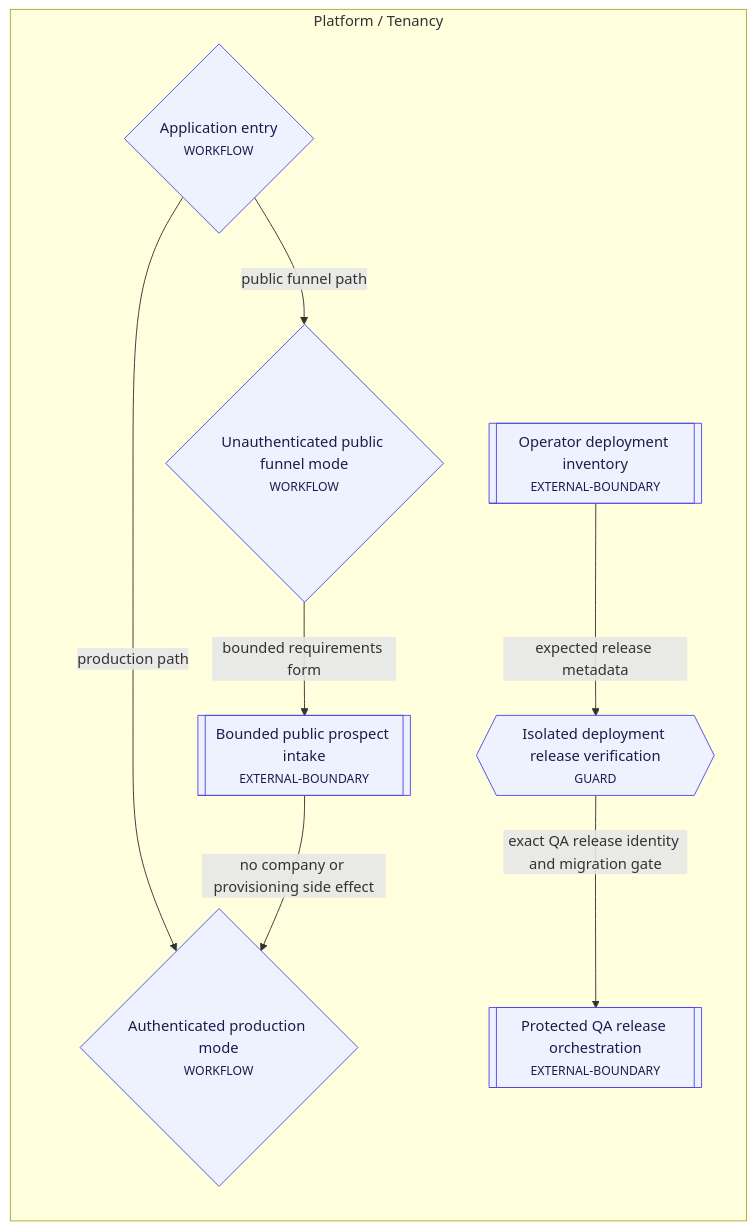
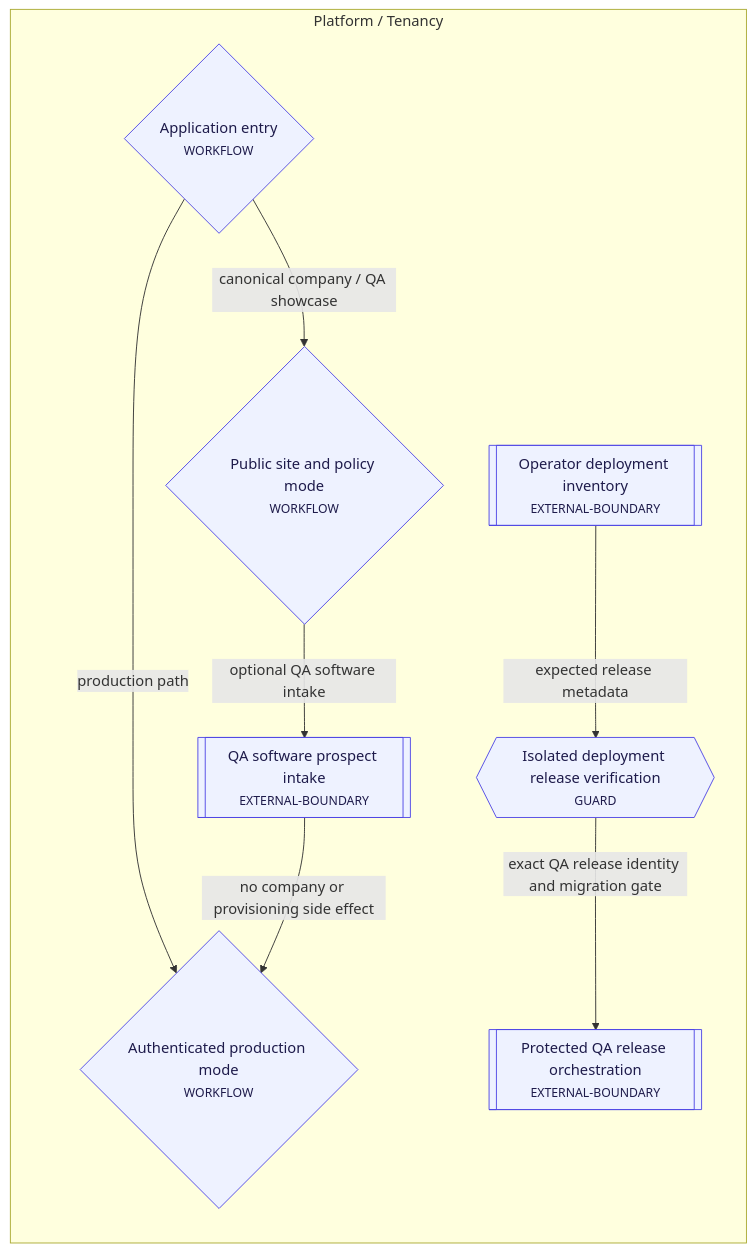
The fourth of 11 diagrams in docs/architecture/APP_WORKFLOW_MAP.md (Juvialski/InvoiceApp), drawn with Mermaid before and after one commit. The commit also changed other lines of this file and 38 other files, not shown here.

First line of the commit message:
WEB-BRAND-1: Separate company site from QA showcase (#249)

````diff
--- a/docs/architecture/APP_WORKFLOW_MAP.md
+++ b/docs/architecture/APP_WORKFLOW_MAP.md
@@ -383,34 +383,34 @@
 ```mermaid
 flowchart LR
   subgraph g_platformTenancy["Platform / Tenancy"]
     n_platform_entry{"Application entry<br/><small>WORKFLOW</small>"}
-    n_public_funnel_mode{"Unauthenticated public funnel mode<br/><small>WORKFLOW</small>"}
-    n_public_prospect_intake[["Bounded public prospect intake<br/><small>EXTERNAL-BOUNDARY</small>"]]
+    n_public_funnel_mode{"Public site and policy mode<br/><small>WORKFLOW</small>"}
+    n_public_prospect_intake[["QA software prospect intake<br/><small>EXTERNAL-BOUNDARY</small>"]]
     n_deployment_inventory[["Operator deployment inventory<br/><small>EXTERNAL-BOUNDARY</small>"]]
     n_deployment_release_verification{{"Isolated deployment release verification<br/><small>GUARD</small>"}}
     n_protected_qa_release_orchestration[["Protected QA release orchestration<br/><small>EXTERNAL-BOUNDARY</small>"]]
     n_production_mode{"Authenticated production mode<br/><small>WORKFLOW</small>"}
   end
   n_platform_entry -->|production path| n_production_mode
-  n_platform_entry -->|public funnel path| n_public_funnel_mode
-  n_public_funnel_mode -->|bounded requirements form| n_public_prospect_intake
+  n_platform_entry -->|canonical company / QA showcase| n_public_funnel_mode
+  n_public_funnel_mode -->|optional QA software intake| n_public_prospect_intake
   n_public_prospect_intake -->|no company or provisioning side effect| n_production_mode
   n_deployment_inventory -->|expected release metadata| n_deployment_release_verification
   n_deployment_release_verification -->|exact QA release identity and migration gate| n_protected_qa_release_orchestration
   classDef platformTenancy fill:#eef2ff,stroke:#4f46e5,color:#1e1b4b;
   classDef dashboard fill:#f1f5f9,stroke:#475569,color:#0f172a;
   classDef projects fill:#ecfeff,stroke:#0891b2,color:#164e63;
   classDef engineering fill:#f0fdf4,stroke:#16a34a,color:#14532d;
   classDef inventory fill:#eff6ff,stroke:#2563eb,color:#1e3a8a;
   classDef finance fill:#fff7ed,stroke:#ea580c,color:#7c2d12;
   classDef workforce fill:#fdf4ff,stroke:#c026d3,color:#701a75;
   classDef reporting fill:#fefce8,stroke:#ca8a04,color:#713f12;
   classDef assistant fill:#fdf2f8,stroke:#db2777,color:#831843;
   class n_platform_entry platformTenancy
   class n_public_funnel_mode platformTenancy
   class n_public_prospect_intake platformTenancy
   class n_deployment_inventory platformTenancy
   class n_deployment_release_verification platformTenancy
   class n_protected_qa_release_orchestration platformTenancy
   class n_production_mode platformTenancy
 ```
````
